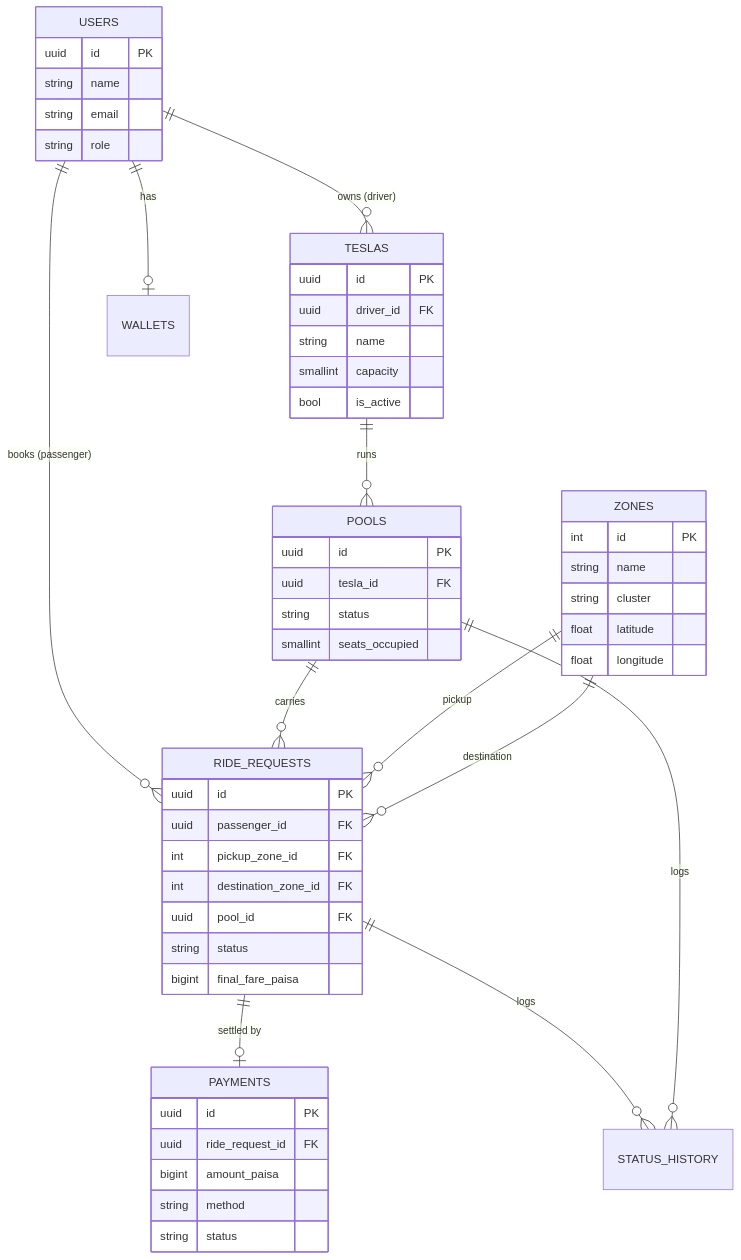
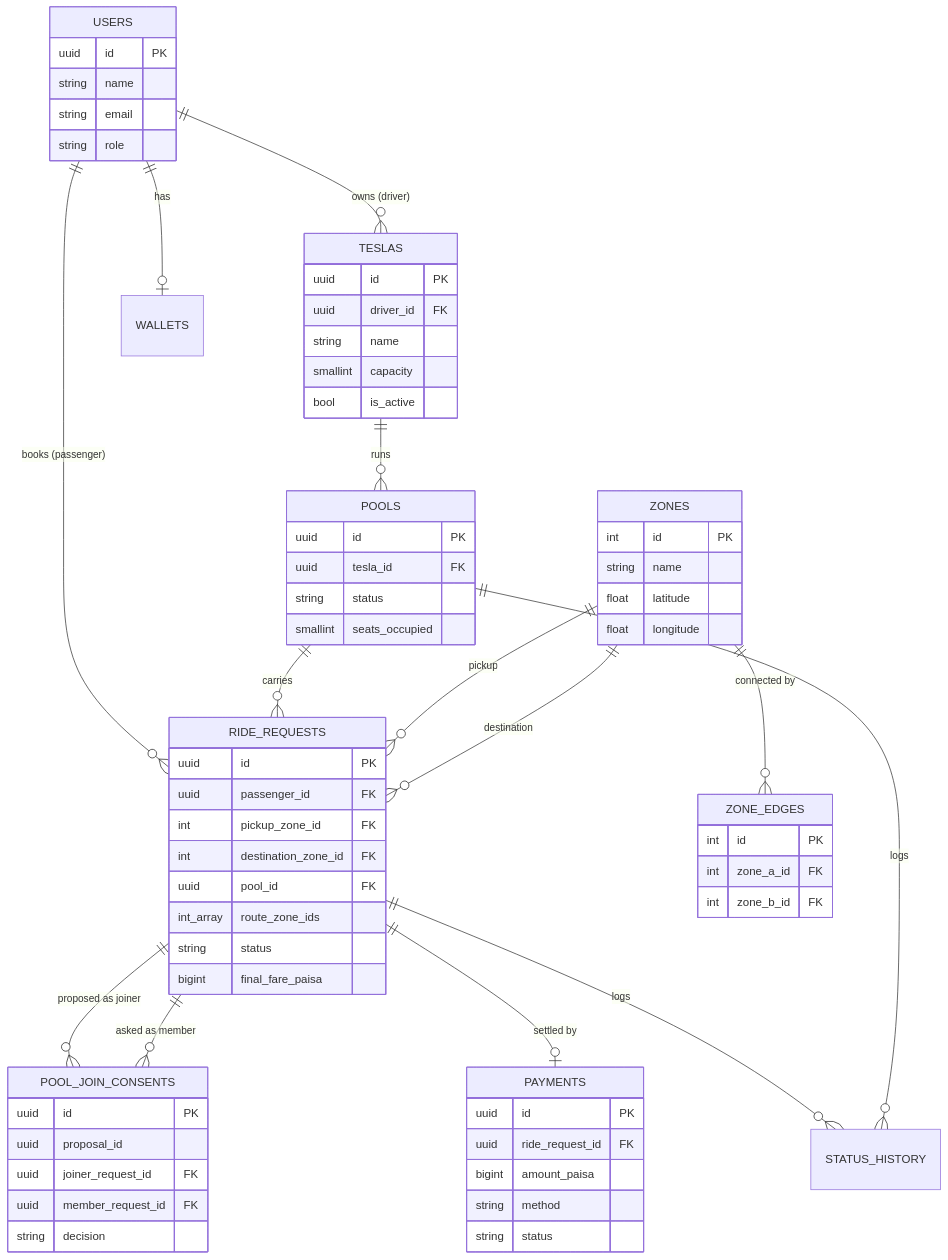
One commit to JahidRayhan/Dhaka-Tesla-Pool changed the first of 3 diagrams in DESIGN.md. Above: the diagram before and after it, drawn with Mermaid. The commit also changed other lines of this file and 2 other files, not shown here.

First line of the commit message:
docs: route-aware pooling and all-party consent

````diff
--- a/DESIGN.md
+++ b/DESIGN.md
@@ -8,56 +12,71 @@
 ```mermaid
 erDiagram
     USERS ||--o{ TESLAS : "owns (driver)"
     USERS ||--o{ RIDE_REQUESTS : "books (passenger)"
     USERS ||--o| WALLETS : has
     TESLAS ||--o{ POOLS : "runs"
     POOLS ||--o{ RIDE_REQUESTS : "carries"
     ZONES ||--o{ RIDE_REQUESTS : "pickup"
     ZONES ||--o{ RIDE_REQUESTS : "destination"
+    ZONES ||--o{ ZONE_EDGES : "connected by"
+    RIDE_REQUESTS ||--o{ POOL_JOIN_CONSENTS : "proposed as joiner"
+    RIDE_REQUESTS ||--o{ POOL_JOIN_CONSENTS : "asked as member"
     RIDE_REQUESTS ||--o| PAYMENTS : "settled by"
     RIDE_REQUESTS ||--o{ STATUS_HISTORY : "logs"
     POOLS ||--o{ STATUS_HISTORY : "logs"
 
     USERS {
         uuid id PK
         string name
         string email
         string role
     }
     TESLAS {
         uuid id PK
         uuid driver_id FK
         string name
         smallint capacity
         bool is_active
     }
     ZONES {
         int id PK
         string name
-        string cluster
         float latitude
         float longitude
+    }
+    ZONE_EDGES {
+        int id PK
+        int zone_a_id FK
+        int zone_b_id FK
+    }
+    POOL_JOIN_CONSENTS {
+        uuid id PK
+        uuid proposal_id
+        uuid joiner_request_id FK
+        uuid member_request_id FK
+        string decision
     }
     POOLS {
         uuid id PK
         uuid tesla_id FK
         string status
         smallint seats_occupied
     }
     RIDE_REQUESTS {
         uuid id PK
         uuid passenger_id FK
         int pickup_zone_id FK
         int destination_zone_id FK
         uuid pool_id FK
+        int_array route_zone_ids
         string status
         bigint final_fare_paisa
     }
     PAYMENTS {
         uuid id PK
         uuid ride_request_id FK
         bigint amount_paisa
         string method
         string status
     }
 ```
````
